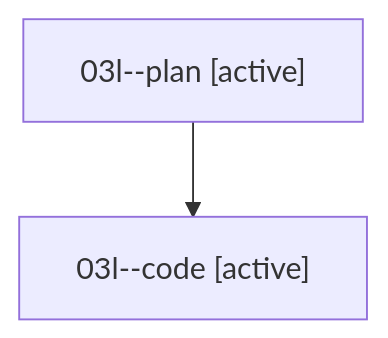
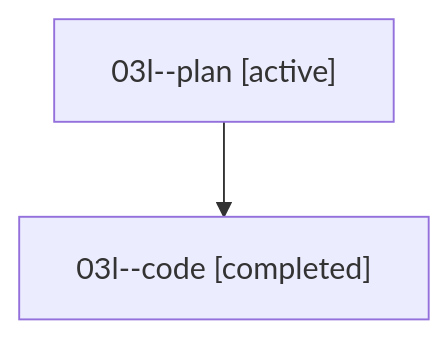
One commit to sase-org/sase--agents changed the diagram in families/bbugyi200.athena.03l.md. Above: the diagram before and after it, drawn with Mermaid. The commit also changed other lines of this file and 35830 other files, not shown here.

````diff
--- a/families/bbugyi200.athena.03l.md
+++ b/families/bbugyi200.athena.03l.md
@@ -9,6 +9,6 @@
 ```mermaid
 flowchart TD
   n0["03l--plan [active]"]
-  n1["03l--code [active]"]
+  n1["03l--code [completed]"]
   n0 --> n1
 ```
````
